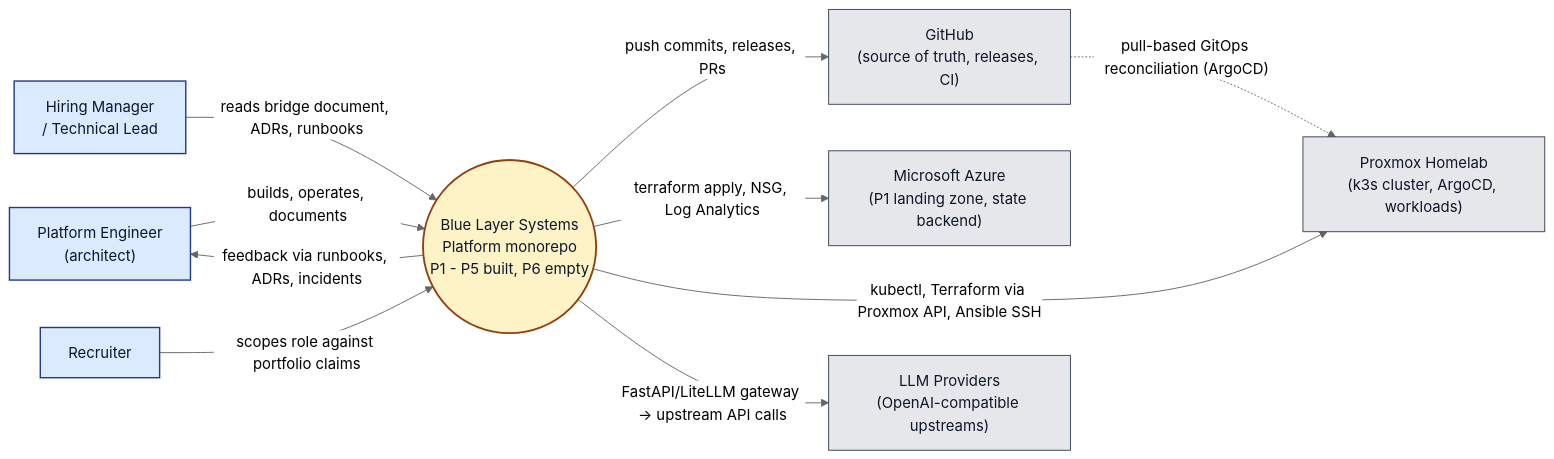
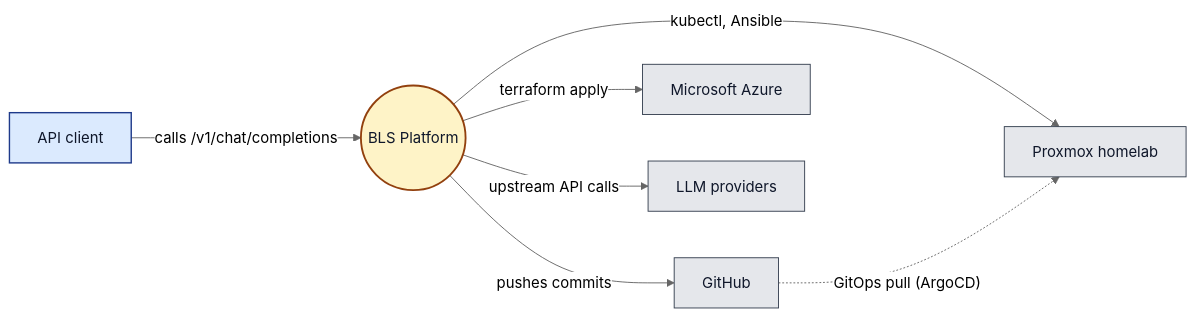
The diagram in docs/diagrams/00-system-context.mmd (CalmAfterReboot/BLS-platform), drawn with Mermaid before and after one commit. The commit also changed 2 other files, not shown here.

First paragraph of the commit message:
fix(diagrams): readability + correctness pass on 00 and 07 (#5)
Diagram 00 (system context) — two changes:

```diff
--- a/docs/diagrams/00-system-context.mmd
+++ b/docs/diagrams/00-system-context.mmd
@@ -1,49 +1,45 @@
 %%{init: {'theme':'neutral','flowchart':{'curve':'basis'}}}%%
 flowchart LR
-    %% System context (C4-style) — BLS Platform at centre, external actors and systems around it.
+    %% System context (C4 L1) — BLS Platform and the external systems it
+    %% genuinely interacts with at runtime. Audience actors (recruiters,
+    %% hiring managers, the architect) live in the catalogue caption, not
+    %% in the diagram.
 
-    %% External actors (people)
-    Engineer["Platform Engineer<br/>(architect)"]:::actor
-    HiringManager["Hiring Manager<br/>/ Technical Lead"]:::actor
-    Recruiter["Recruiter"]:::actor
+    APIClient["API client"]:::actor
 
-    %% System under description
-    BLS(("Blue Layer Systems<br/>Platform monorepo<br/>P1 - P5 built, P6 empty")):::system
+    BLS(("BLS Platform")):::system
 
-    %% External systems
-    GitHub["GitHub<br/>(source of truth, releases, CI)"]:::external
-    Azure["Microsoft Azure<br/>(P1 landing zone, state backend)"]:::external
-    Proxmox["Proxmox Homelab<br/>(k3s cluster, ArgoCD, workloads)"]:::external
-    LLMProviders["LLM Providers<br/>(OpenAI-compatible upstreams)"]:::external
+    GitHub["GitHub"]:::external
+    Azure["Microsoft Azure"]:::external
+    Proxmox["Proxmox homelab"]:::external
+    LLMProviders["LLM providers"]:::external
 
-    %% Architect <-> system
-    Engineer -- "builds, operates, documents" --> BLS
-    BLS -- "feedback via runbooks, ADRs, incidents" --> Engineer
+    %% Runtime user → system
+    APIClient -- "calls /v1/chat/completions" --> BLS
 
-    %% Audience -> system
-    HiringManager -- "reads bridge document, ADRs, runbooks" --> BLS
-    Recruiter -- "scopes role against portfolio claims" --> BLS
+    %% System → external systems
+    BLS -- "pushes commits" --> GitHub
+    BLS -- "terraform apply" --> Azure
+    BLS -- "kubectl, Ansible" --> Proxmox
+    BLS -- "upstream API calls" --> LLMProviders
 
-    %% System -> external systems
-    BLS -- "push commits, releases, PRs" --> GitHub
-    BLS -- "terraform apply, NSG, Log Analytics" --> Azure
-    BLS -- "kubectl, Terraform via Proxmox API, Ansible SSH" --> Proxmox
-    BLS -- "FastAPI/LiteLLM gateway → upstream API calls" --> LLMProviders
-
-    %% External system -> external system (audit trail)
-    GitHub -. "pull-based GitOps reconciliation (ArgoCD)" .-> Proxmox
+    %% GitOps reconciliation — GitHub is the source, ArgoCD pulls
+    GitHub -. "GitOps pull (ArgoCD)" .-> Proxmox
 
     classDef actor fill:#dbeafe,stroke:#1e3a8a,stroke-width:1.5px,color:#0f172a;
     classDef system fill:#fef3c7,stroke:#92400e,stroke-width:2px,color:#0f172a;
     classDef external fill:#e5e7eb,stroke:#374151,stroke-width:1px,color:#0f172a;
 
-%% Caption — supports BLS-PLATFORM-ENGINEERING-GUIDE.md §1 (the signal). The
-%% BLS Platform sits at the centre. On the left, the people who interact with
-%% it: the Platform Engineer builds and operates it; the Hiring Manager and
-%% Recruiter read it as the artefact of the architect's capability. On the
-%% right, the external systems the platform depends on: GitHub as source of
-%% truth, Azure for the landing zone and Terraform state backend, the Proxmox
-%% homelab for the k3s cluster and live workloads, and the upstream LLM
-%% providers consumed via the in-cluster FastAPI/LiteLLM gateway. The dotted
-%% edge from GitHub to Proxmox names the GitOps reconciliation path — Git is
-%% the source, ArgoCD pulls.
+%% Caption — supports BLS-PLATFORM-ENGINEERING-GUIDE.md §1. The BLS
+%% Platform sits at the centre. The single human actor is an API client
+%% (developer or service) hitting the LLM gateway — a real runtime user
+%% of the running system. The four external systems are the ones the
+%% platform genuinely interacts with: GitHub (source of truth + CI),
+%% Microsoft Azure (P1 landing zone + Terraform remote state), the
+%% Proxmox homelab (k3s cluster, ArgoCD, workloads P4 and P5), and the
+%% upstream LLM providers consumed via the FastAPI/LiteLLM gateway. The
+%% dotted edge from GitHub to Proxmox names the GitOps reconciliation
+%% path — Git is the source, ArgoCD pulls. Audience actors (recruiter,
+%% hiring manager, the architect-as-author) are deliberately out of this
+%% diagram; a system context diagram records technical interactions, not
+%% the portfolio's reading audience.
```
